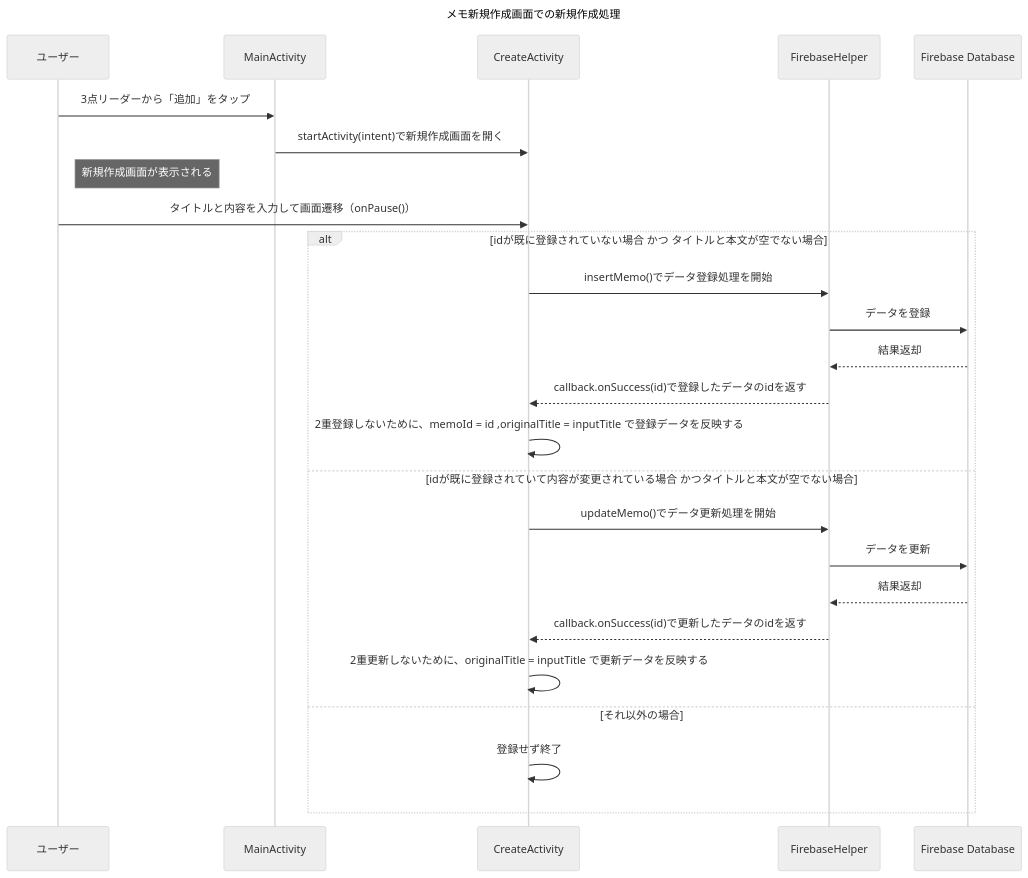
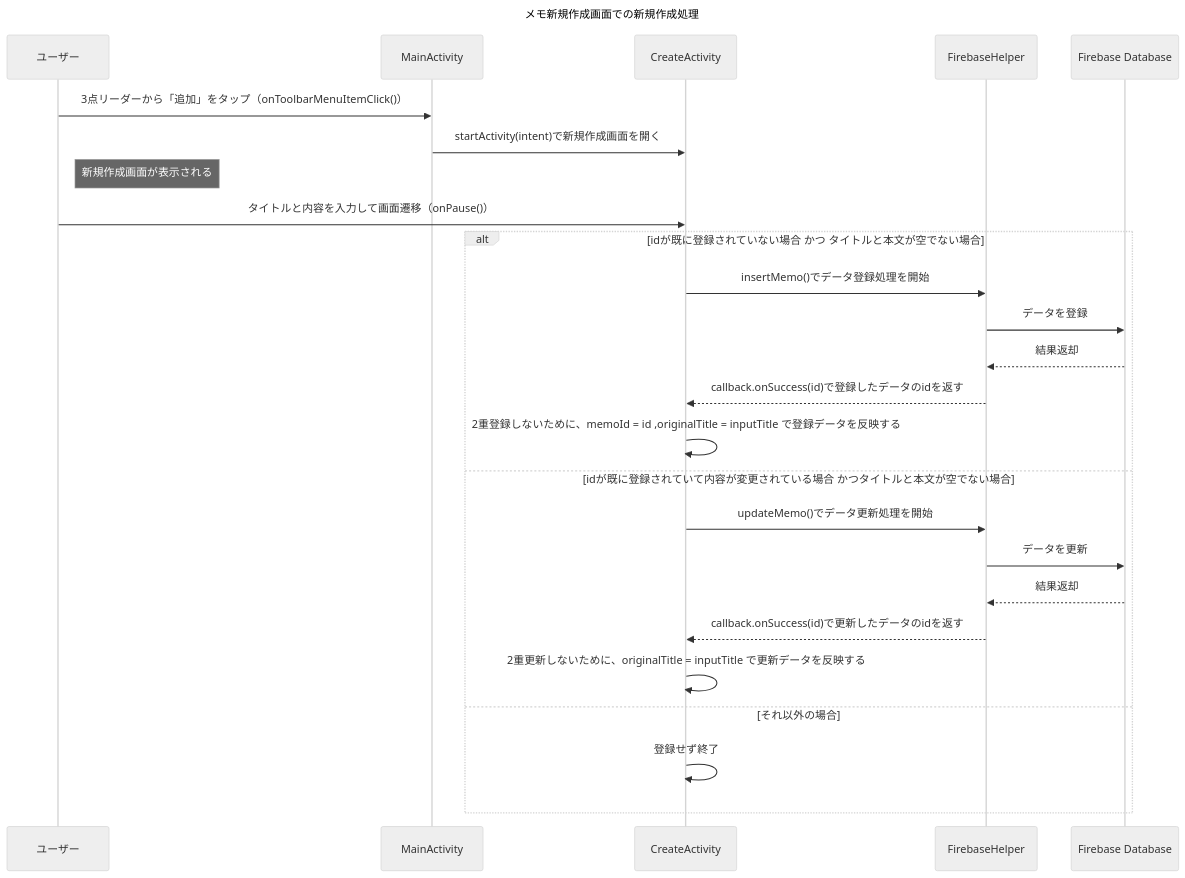
The fifth of 6 diagrams in README.md (masu314/memo), drawn with Mermaid (neutral theme) before and after one commit. The commit also changed other lines of this file, not shown here.

Commit message:
[update]README.mdにメモ一覧画面での複数削除処理のシーケンス図を追加

````diff
--- a/README.md
+++ b/README.md
@@ -72,29 +72,29 @@
 ```mermaid
 sequenceDiagram
     title メモ新規作成画面での新規作成処理
     participant User as ユーザー
     participant Main as MainActivity
     participant C as CreateActivity
     participant Firebase as FirebaseHelper
     participant DB as Firebase Database
 
-    User->>Main: 3点リーダーから「追加」をタップ
+    User->>Main: 3点リーダーから「追加」をタップ（onToolbarMenuItemClick()）
     Main->>C: startActivity(intent)で新規作成画面を開く
     note right of User: 新規作成画面が表示される
     User->>C: タイトルと内容を入力して画面遷移（onPause()）
     alt idが既に登録されていない場合 かつ タイトルと本文が空でない場合
         C->>Firebase: insertMemo()でデータ登録処理を開始
         Firebase->>DB: データを登録
         DB-->>Firebase: 結果返却
         Firebase-->>C: callback.onSuccess(id)で登録したデータのidを返す
         C->>C: 2重登録しないために、memoId = id ,originalTitle = inputTitle で登録データを反映する
     else idが既に登録されていて内容が変更されている場合 かつタイトルと本文が空でない場合
         C->>Firebase: updateMemo()でデータ更新処理を開始
         Firebase->>DB: データを更新
         DB-->>Firebase: 結果返却
         Firebase-->>C: callback.onSuccess(id)で更新したデータのidを返す
         C->>C: 2重更新しないために、originalTitle = inputTitle で更新データを反映する
     else それ以外の場合
         C->>C: 登録せず終了
     end
 ```
````
